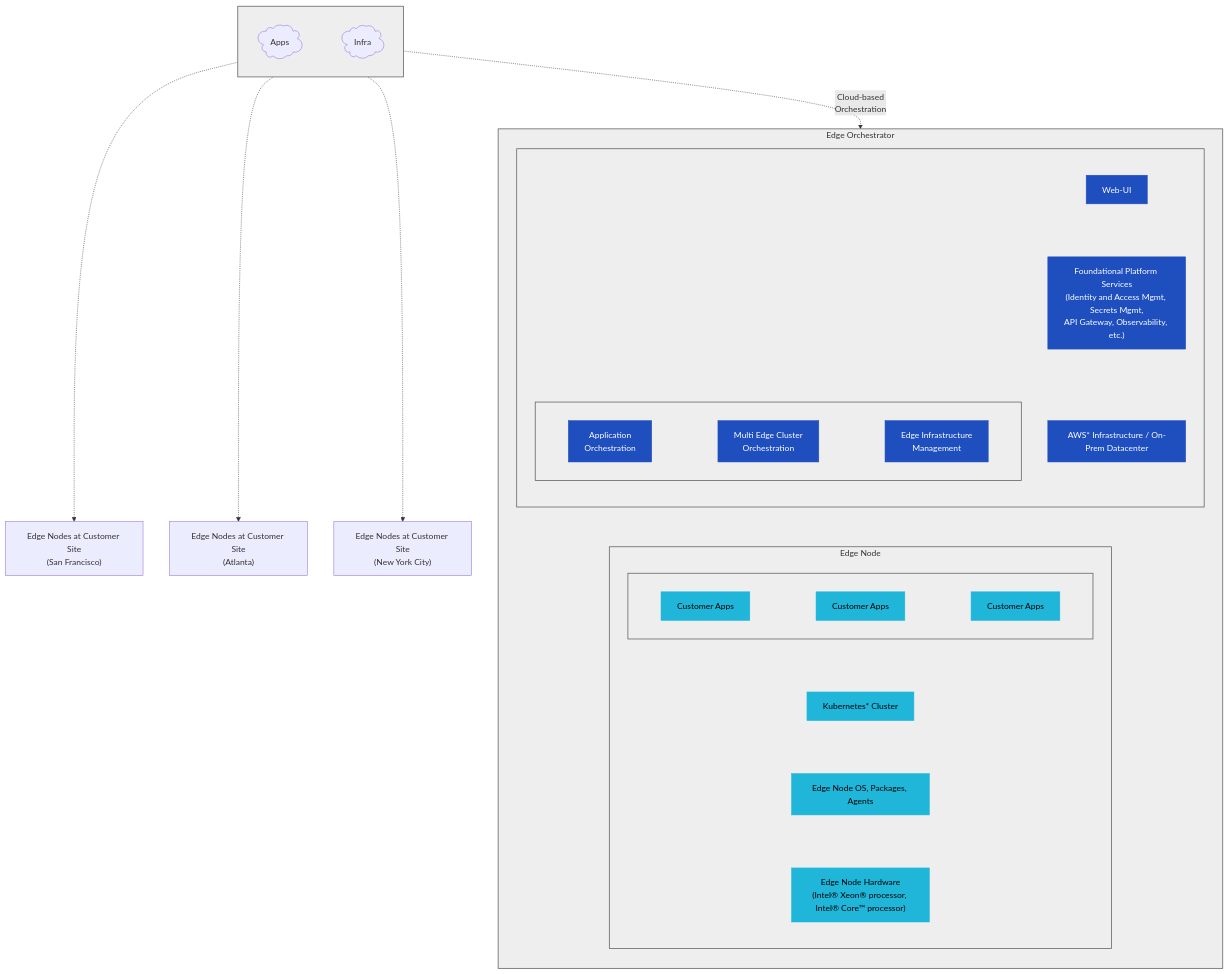
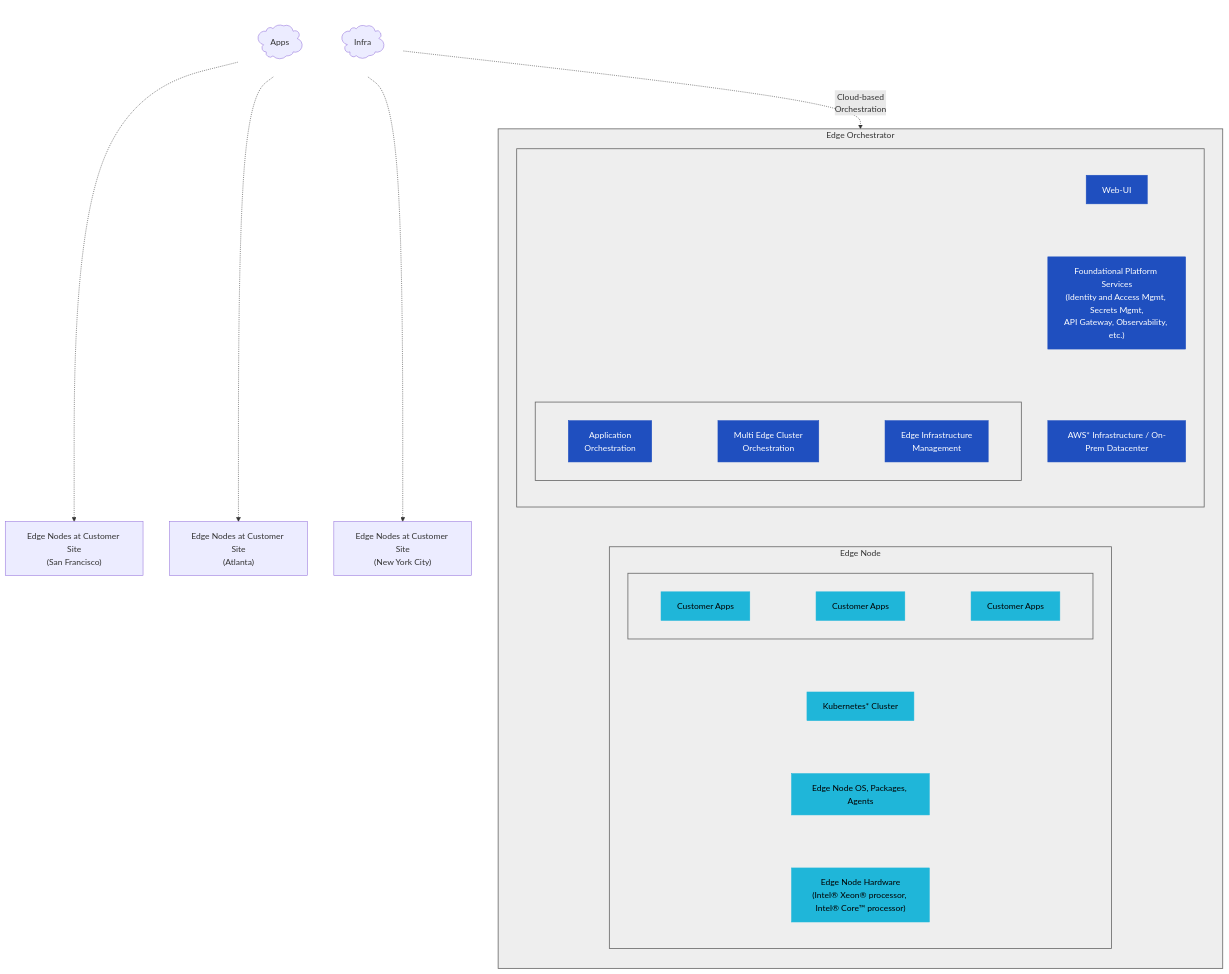
The diagram in README.md (open-edge-platform/edge-manageability-framework), drawn with Mermaid before and after one commit.

````diff
--- a/README.md
+++ b/README.md
@@ -30,77 +30,80 @@
 ```mermaid
 flowchart TD
 
     %% LEFT: Cloud
     subgraph Cloud[" "]
     direction LR
     APPS@{ shape: cloud, label: "Apps"  } ~~~
     Infra@{ shape: cloud, label: "Infra"  }
     end
 
     %% EDGE SITES
     SF["Edge Nodes at Customer Site<br>(San Francisco)"]
     ATL["Edge Nodes at Customer Site<br>(Atlanta)"]
     NYC["Edge Nodes at Customer Site<br>(New York City)"]
 
     Cloud -.-> SF
     Cloud -.-> ATL
     Cloud -.-> NYC
 
     %% RIGHT SIDE
     subgraph EO["Edge Orchestrator"]
         direction TB
         subgraph Orch[" "]
         direction TB
         WebUI[Web-UI]
 
         subgraph OrchestrationLayer[" "]
             direction LR
             AppOrch["Application<br>Orchestration"] ~~~
             ClusterOrch["Multi Edge Cluster<br>Orchestration"] ~~~
             InfraMgmt["Edge Infrastructure<br>Management"] 
         end
 
         Platform["Foundational Platform Services<br/>(Identity and Access Mgmt, Secrets Mgmt,<br/>API Gateway, Observability, etc.)"]
 
         AWS[AWS* Infrastructure / On-Prem Datacenter]
 end
         %% EDGE NODE
 
         subgraph EdgeNode["Edge Node"]
             direction TB
             subgraph AppsRow[" "]
                 direction LR
                 CA1[Customer Apps] ~~~
                 CA2[Customer Apps] ~~~
                 CA3[Customer Apps]
             end
 
             K8s[Kubernetes* Cluster]
             OS[Edge Node OS, Packages, Agents]
             HW["Edge Node Hardware<br/>(Intel® Xeon® processor, Intel® Core™ processor)"]
 
             %% Invisible ordering inside Edge Node
             AppsRow ~~~ K8s
             K8s ~~~ OS
             OS ~~~ HW
         end
         %% Invisible ordering inside EO
         WebUI ~~~ Orch
         Orch ~~~ Platform
         Platform ~~~ AWS
         AWS ~~~ EdgeNode
     end
 
 
     Cloud -.-> |"Cloud-based<br>Orchestration"|EO
 
 
     %% Styling
     classDef grey fill:#eeeeee,stroke:#666,stroke-width:1.5px
     classDef blue fill:#1f4fbf,color:#fff,stroke:#1f4fbf;
     classDef lightblue fill:#1fb6d9,color:#000,stroke:#1fb6d9;
 
-    class EO,EdgeNode,AppsRow,Orch,OrchestrationLayer,Cloud grey;
+    class EO,EdgeNode,AppsRow,Orch,OrchestrationLayer, grey;
     class WebUI,AppOrch,ClusterOrch,InfraMgmt,Platform,AWS blue;
     class CA1,CA2,CA3,K8s,OS,HW lightblue;
+    %% Apply transparent style
+    classDef transparent fill:#00000000,stroke-width:0px;
+    class Cloud transparent;
 ```
````
